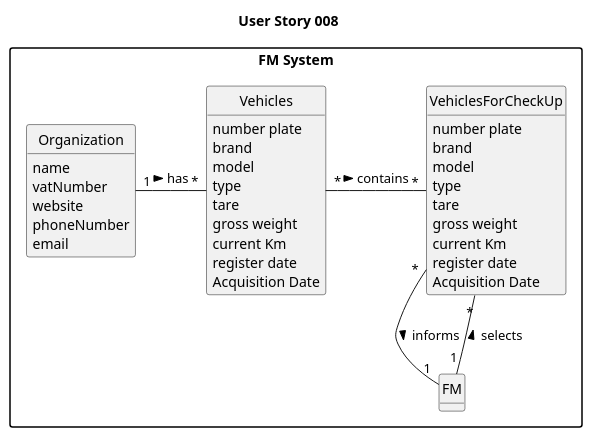
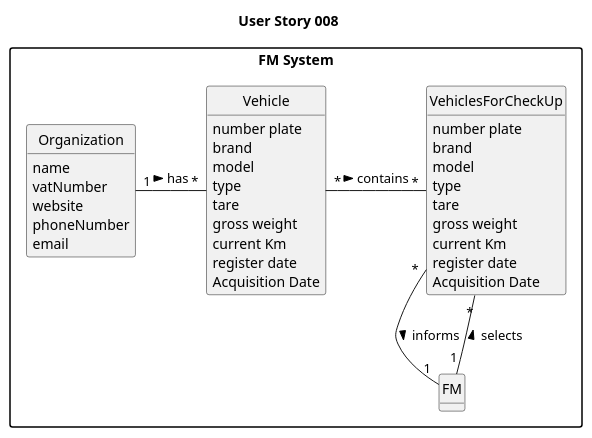
One commit to SAEmanuel/Green_Spaces_Management_ISEP changed the diagram in docs/sprintA/us008/02.analysis/puml/us008-domain-model.puml. Above: the diagram before and after it, drawn with PlantUML. The commit also changed 1 other file, not shown here.

```diff
--- a/docs/sprintA/us008/02.analysis/puml/us008-domain-model.puml
+++ b/docs/sprintA/us008/02.analysis/puml/us008-domain-model.puml
@@ -1,64 +1,64 @@
 @startuml
 skinparam monochrome true
 skinparam packageStyle rectangle
 skinparam shadowing false
 
 'left to right direction
 
 skinparam classAttributeIconSize 0
 
 hide circle
 hide methods
 package "FM System" {
 
 title User Story 008
 
 class VehiclesForCheckUp {
 number plate
 brand
 model
 type
 tare
 gross weight
 current Km
 register date
 Acquisition Date
 Maintenance/Checkup Frequency (in Kms)
 
 
 }
 
 class FM {
 }
 
-class Vehicles {
+class Vehicle {
 number plate
 brand
 model
 type
 tare
 gross weight
 current Km
 register date
 Acquisition Date
 Maintenance/Checkup Frequency (in Kms)
 }
 
 class Organization {
 name
 vatNumber
 website
 phoneNumber
 email
 }
 
 
 
-Organization "1" - "*" Vehicles: has >
-Vehicles "*"- "*" VehiclesForCheckUp: contains >
+Organization "1" - "*" Vehicle: has >
+Vehicle "*"- "*" VehiclesForCheckUp: contains >
 VehiclesForCheckUp "*" -- "1" FM : informs >
 FM "1" -- "*" VehiclesForCheckUp: selects >
 
 
 
 @enduml
```
